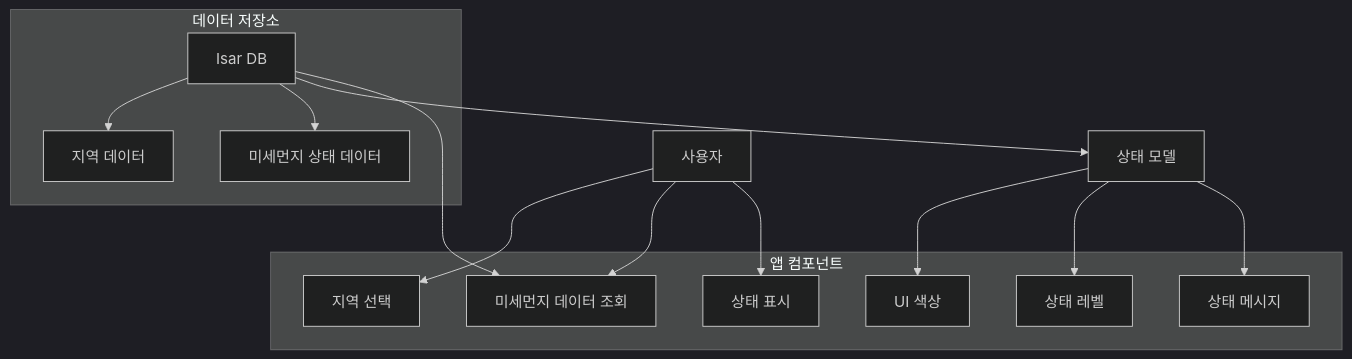
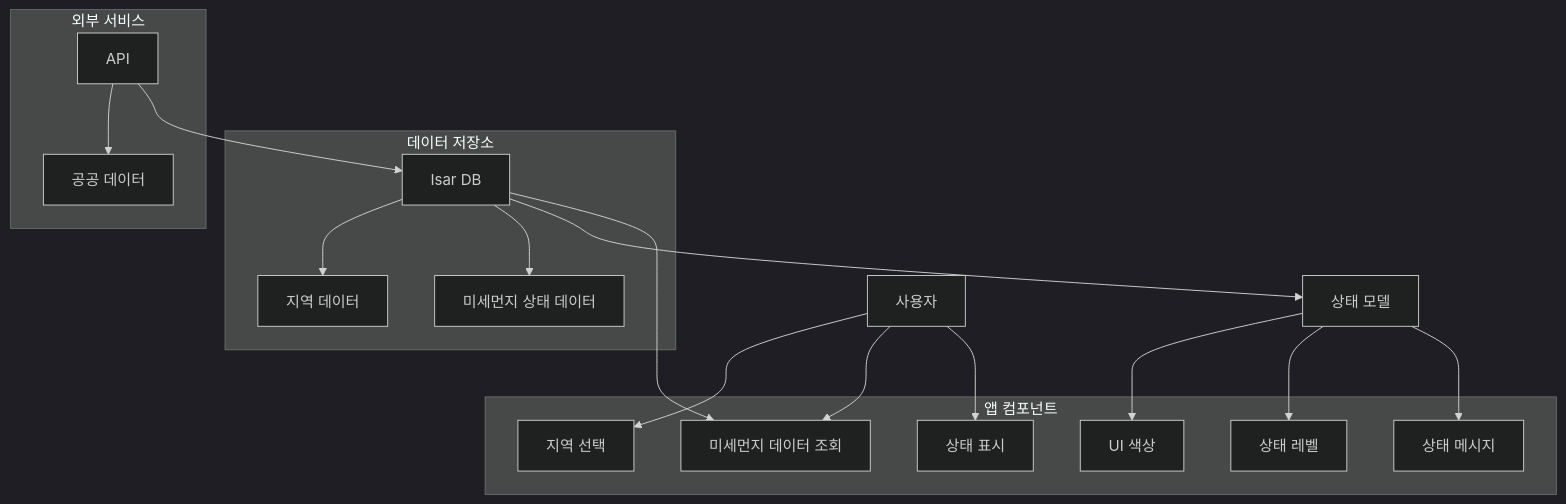
Before and after one commit to NoGravyBeef/dustify: the diagram in docs/system_context_diagram.md, drawn with Mermaid (dark theme). The commit also changed 4 other files, not shown here.

````diff
--- a/docs/system_context_diagram.md
+++ b/docs/system_context_diagram.md
@@ -3,30 +3,38 @@
 ```mermaid
 graph TD
     A[사용자] --> B[지역 선택]
     A --> C[미세먼지 데이터 조회]
     A --> D[상태 표시]
     
-    E[Isar DB] --> F[지역 데이터]
+    L[API] --> M[공공 데이터]
+    L --> E[Isar DB]
+    
+    E --> F[지역 데이터]
     E --> G[미세먼지 상태 데이터]
     E --> H[상태 모델]
     E --> C[미세먼지 데이터 조회]
     
     H --> I[UI 색상]
     H --> J[상태 레벨]
     H --> K[상태 메시지]
     
     subgraph 앱 컴포넌트
         B
         C
         D
         I
         J
         K
     end
     
     subgraph 데이터 저장소
         E
         F
         G
     end
+    
+    subgraph 외부 서비스
+        L
+        M
+    end
 ```
````
